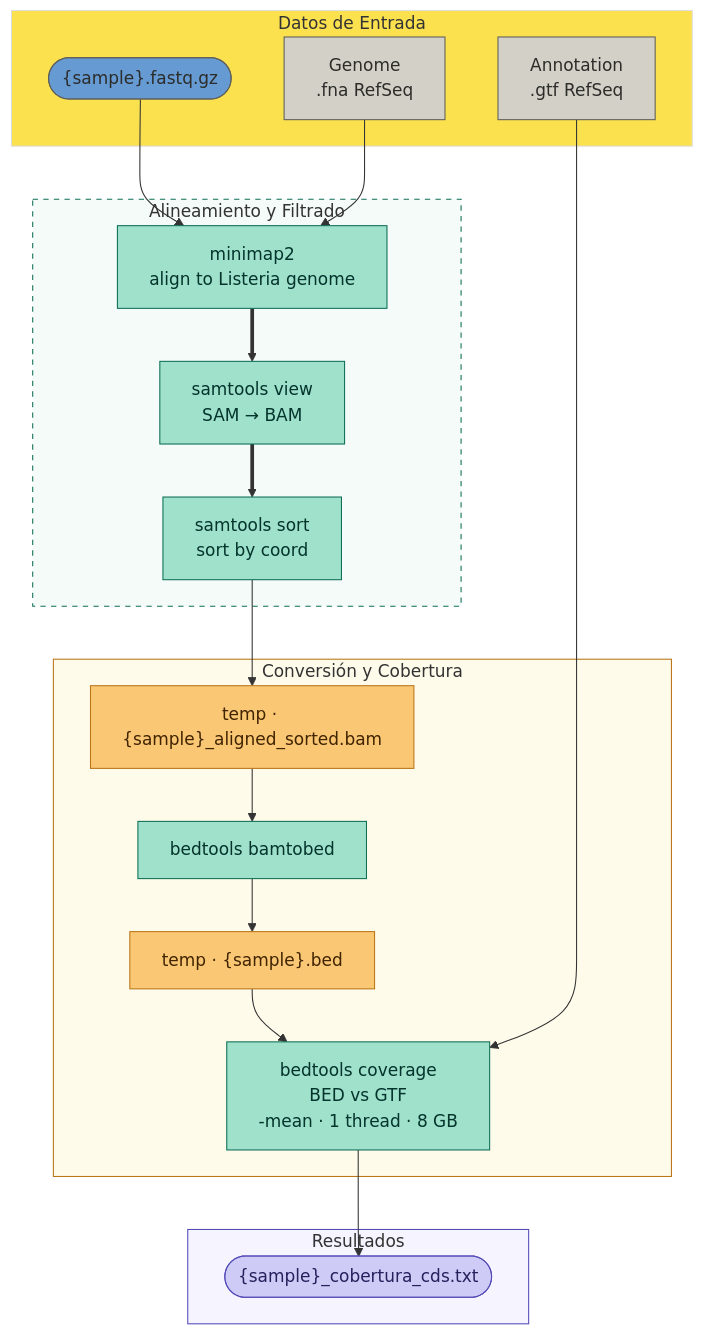
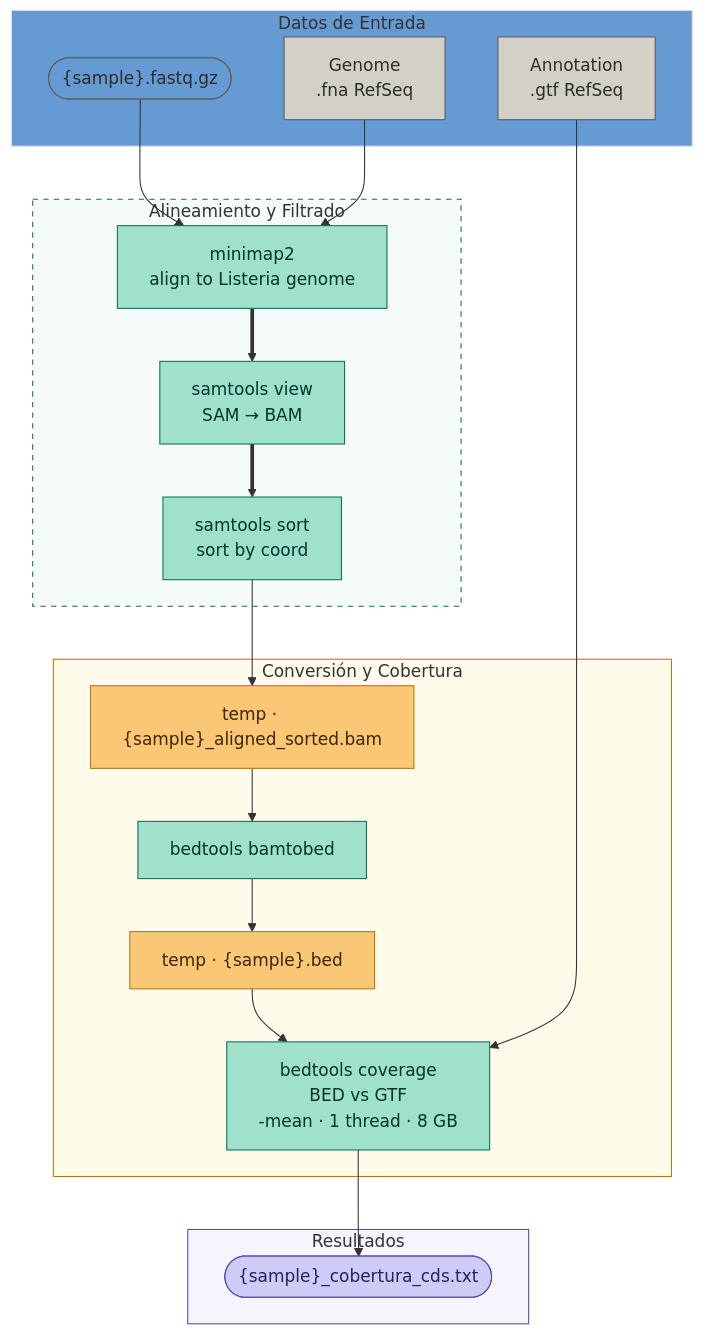
The diagram in readme.md (laugior/search4listeria), drawn with Mermaid before and after one commit.

````diff
--- a/readme.md
+++ b/readme.md
@@ -3,61 +3,61 @@
 ```mermaid
 flowchart TB
     %% --- ENTRADAS ---
     subgraph INPUTS ["Datos de Entrada"]
         INPUT(["{sample}.fastq.gz"])
         GENOME["Genome\n.fna RefSeq"]
         GTF["Annotation\n.gtf RefSeq"]
     end
 
     %% --- PROCESAMIENTO EN STREAMING ---
     subgraph ALIGNMENT ["Alineamiento y Filtrado"]
         MM["minimap2\nalign to Listeria genome"]
         SV["samtools view\nSAM → BAM"]
         SS["samtools sort\nsort by coord"]
         
         MM ==>  SV ==>  SS
     end
 
     %% --- PASOS INTERMEDIOS Y ANÁLISIS ---
     subgraph ANALYSIS ["Conversión y Cobertura"]
         SBAM["temp · {sample}_aligned_sorted.bam"]
         B2B["bedtools bamtobed"]
         BED["temp · {sample}.bed"]
         COV["bedtools coverage\nBED vs GTF\n-mean · 1 thread · 8 GB"]
     end
 
     %% --- SALIDA ---
     subgraph OUTPUTS ["Resultados"]
         OUTPUT(["{sample}_cobertura_cds.txt"])
     end
 
     %% --- CONEXIONES GLOBALES ---
     INPUT & GENOME --> MM
     SS --> SBAM
     SBAM --> B2B
     B2B --> BED
     BED & GTF --> COV
     COV --> OUTPUT
 
     %% --- ESTILOS ---
     style INPUT  fill:#659ad2,stroke:#5F5E5A,color:#2C2C2A
     style GENOME fill:#D3D1C7,stroke:#5F5E5A,color:#2C2C2A
     style GTF    fill:#D3D1C7,stroke:#5F5E5A,color:#2C2C2A
     
     style MM     fill:#9FE1CB,stroke:#0F6E56,color:#04342C
     style SV     fill:#9FE1CB,stroke:#0F6E56,color:#04342C
     style SS     fill:#9FE1CB,stroke:#0F6E56,color:#04342C
     style B2B    fill:#9FE1CB,stroke:#0F6E56,color:#04342C
     style COV    fill:#9FE1CB,stroke:#0F6E56,color:#04342C
 
     style SBAM   fill:#FAC775,stroke:#BA7517,color:#412402
     style BED    fill:#FAC775,stroke:#BA7517,color:#412402
     
     style OUTPUT fill:#CECBF6,stroke:#534AB7,color:#26215C
 
     %% Estilos de los subgrafos para dar estructura limpia
-    style INPUTS fill:#fce14f,stroke:#ddd,stroke-width:1px
+    style INPUTS fill:#659ad2,stroke:#ddd,stroke-width:1px
     style ALIGNMENT fill:#f4fbf9,stroke:#0F6E56,stroke-width:1px,stroke-dasharray: 5 5
     style ANALYSIS fill:#fffbeb,stroke:#BA7517,stroke-width:1px
     style OUTPUTS fill:#f5f4ff,stroke:#534AB7,stroke-width:1px
 ```
````
